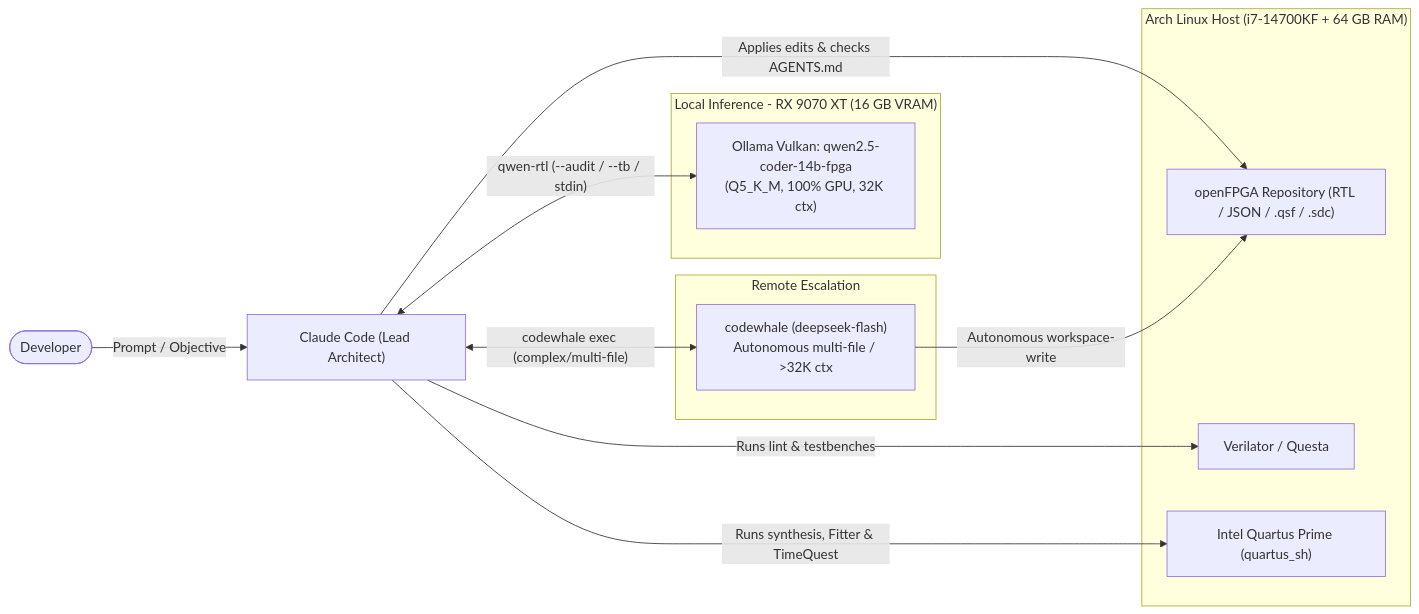
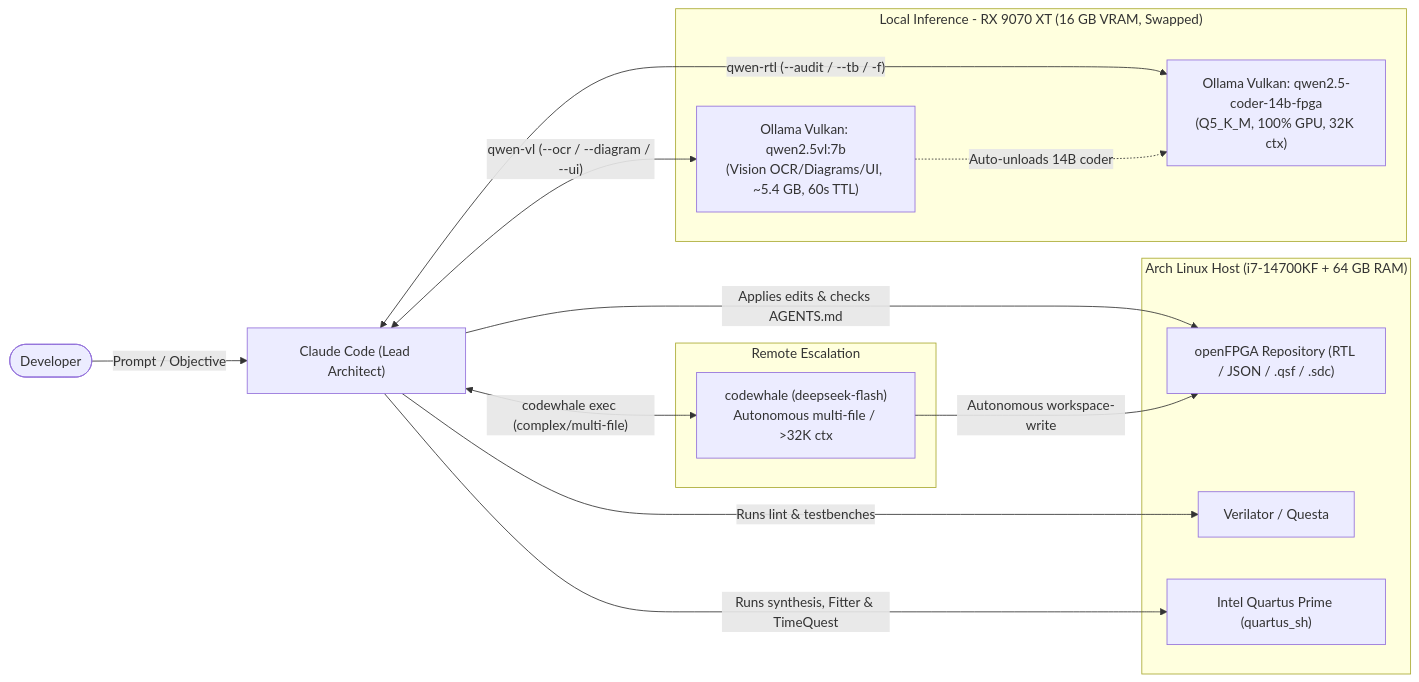
One commit to DanimanX/9070FpgaIAWorkflow changed the first of 3 diagrams in docs/ai-fpga-workflow.md. Above: the diagram before and after it, drawn with Mermaid. The commit also changed other lines of this file and 1 other file, not shown here.

Commit message:
docs: add qwen-vl to architecture and workflow Mermaid diagrams

````diff
--- a/docs/ai-fpga-workflow.md
+++ b/docs/ai-fpga-workflow.md
@@ -14,25 +14,28 @@
 ```mermaid
 flowchart LR
     Dev(["Developer"]) -->|"Prompt / Objective"| Claude["Claude Code (Lead Architect)"]
 
-    subgraph LocalGPU["Local Inference - RX 9070 XT (16 GB VRAM)"]
+    subgraph LocalGPU["Local Inference - RX 9070 XT (16 GB VRAM, Swapped)"]
         Qwen["Ollama Vulkan: qwen2.5-coder-14b-fpga<br/>(Q5_K_M, 100% GPU, 32K ctx)"]
+        QwenVL["Ollama Vulkan: qwen2.5vl:7b<br/>(Vision OCR/Diagrams/UI, ~5.4 GB, 60s TTL)"]
     end
 
     subgraph CloudAPI["Remote Escalation"]
         CW["codewhale (deepseek-flash)<br/>Autonomous multi-file / >32K ctx"]
     end
 
     subgraph Toolchain["Arch Linux Host (i7-14700KF + 64 GB RAM)"]
         FS["openFPGA Repository (RTL / JSON / .qsf / .sdc)"]
         Sim["Verilator / Questa"]
         Quartus["Intel Quartus Prime (quartus_sh)"]
     end
 
-    Claude <-->|"qwen-rtl (--audit / --tb / stdin)"| Qwen
+    Claude <-->|"qwen-rtl (--audit / --tb / -f)"| Qwen
+    Claude <-->|"qwen-vl (--ocr / --diagram / --ui)"| QwenVL
+    QwenVL -.->|"Auto-unloads 14B coder"| Qwen
     Claude <-->|"codewhale exec (complex/multi-file)"| CW
     Claude -->|"Applies edits & checks AGENTS.md"| FS
     CW -->|"Autonomous workspace-write"| FS
     Claude -->|"Runs lint & testbenches"| Sim
     Claude -->|"Runs synthesis, Fitter & TimeQuest"| Quartus
 ```
````
